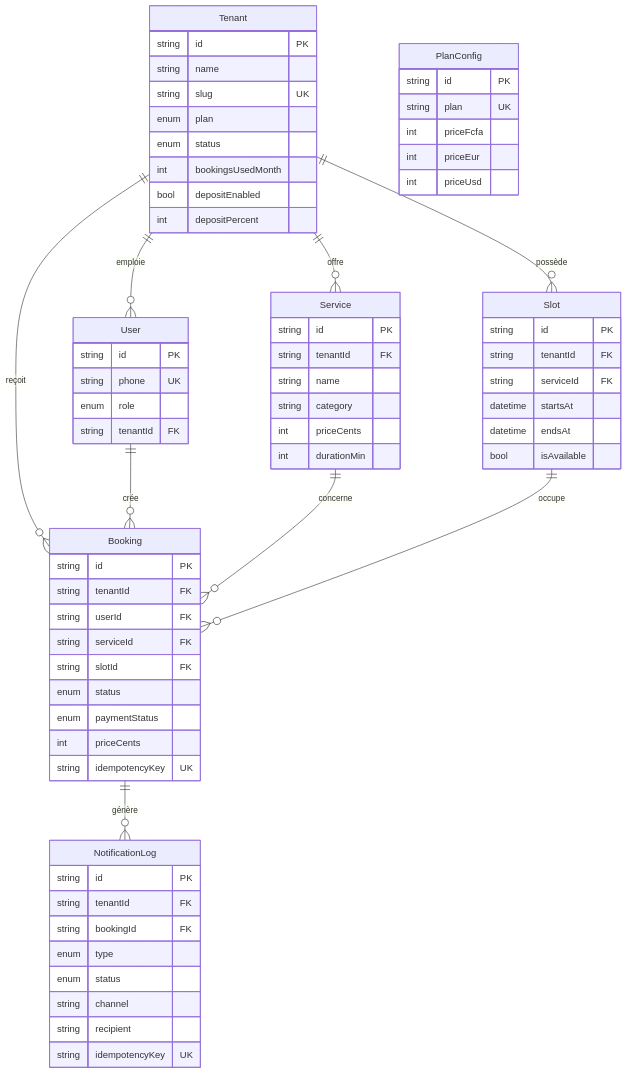
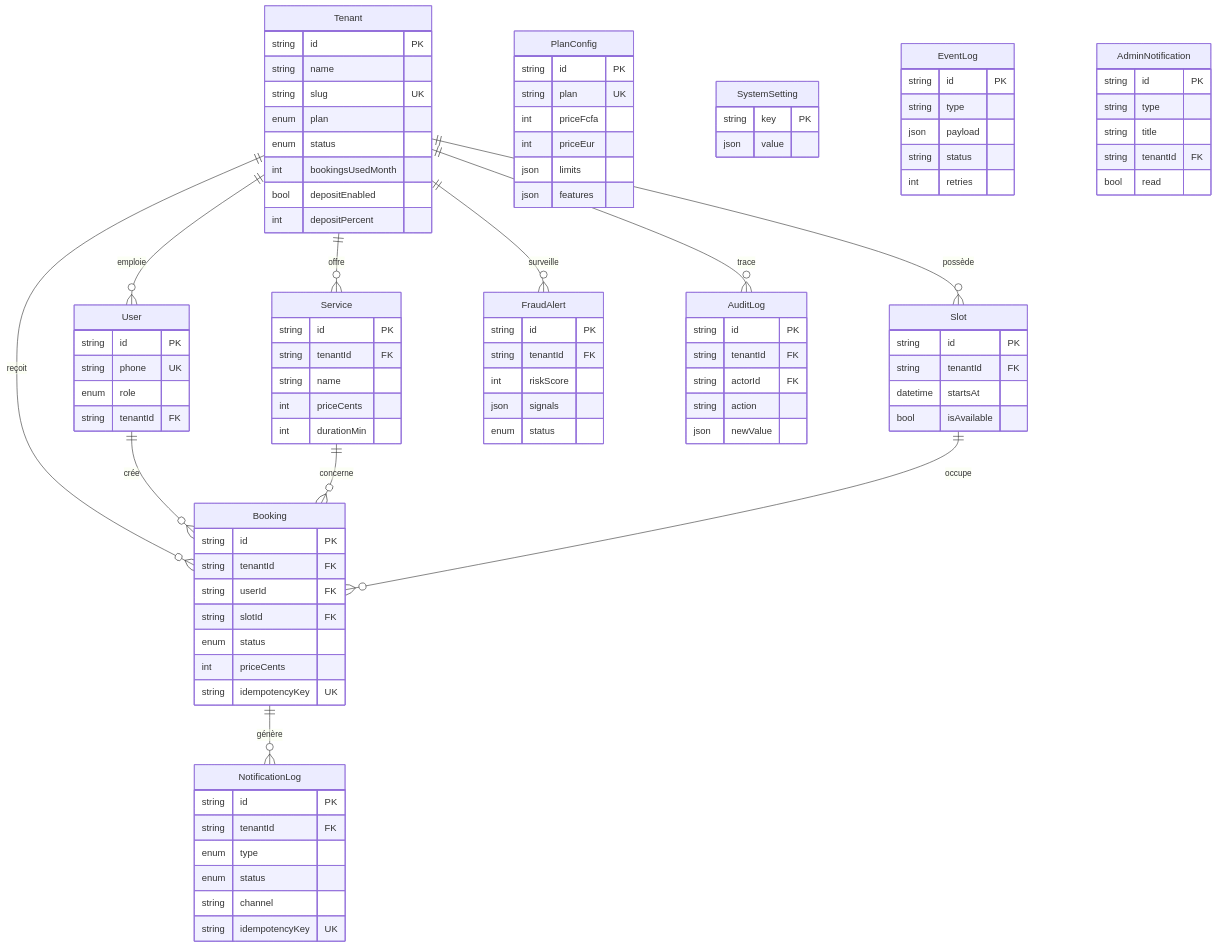
Before and after one commit to Ahmesgroup/belo: the fourth of 9 diagrams in DOCUMENTATION.md, drawn with Mermaid. The commit also changed other lines of this file, not shown here.

Commit message:
docs: full documentation update — event system, fraud engine V2, admin panel, notifications, EventLog, domain events

```diff
--- a/DOCUMENTATION.md
+++ b/DOCUMENTATION.md
@@ -276,67 +334,89 @@
         bool   depositEnabled
         int    depositPercent
     }
-
     User {
         string id PK
         string phone UK
         enum   role
         string tenantId FK
     }
-
     Service {
         string id PK
         string tenantId FK
         string name
-        string category
         int    priceCents
         int    durationMin
     }
-
     Slot {
         string   id PK
         string   tenantId FK
-        string   serviceId FK
         datetime startsAt
-        datetime endsAt
         bool     isAvailable
     }
-
     Booking {
         string id PK
         string tenantId FK
         string userId FK
-        string serviceId FK
         string slotId FK
         enum   status
-        enum   paymentStatus
         int    priceCents
         string idempotencyKey UK
     }
-
     NotificationLog {
         string id PK
         string tenantId FK
-        string bookingId FK
         enum   type
         enum   status
         string channel
-        string recipient
         string idempotencyKey UK
     }
-
+    FraudAlert {
+        string id PK
+        string tenantId FK
+        int    riskScore
+        json   signals
+        enum   status
+    }
+    AuditLog {
+        string id PK
+        string tenantId FK
+        string actorId FK
+        string action
+        json   newValue
+    }
     PlanConfig {
         string id PK
         string plan UK
         int    priceFcfa
         int    priceEur
-        int    priceUsd
+        json   limits
+        json   features
+    }
+    SystemSetting {
+        string key PK
+        json   value
+    }
+    EventLog {
+        string id PK
+        string type
+        json   payload
+        string status
+        int    retries
+    }
+    AdminNotification {
+        string id PK
+        string type
+        string title
+        string tenantId FK
+        bool   read
     }
 
     Tenant ||--o{ User : "emploie"
     Tenant ||--o{ Service : "offre"
     Tenant ||--o{ Slot : "possède"
     Tenant ||--o{ Booking : "reçoit"
+    Tenant ||--o{ FraudAlert : "surveille"
+    Tenant ||--o{ AuditLog : "trace"
     User   ||--o{ Booking : "crée"
     Service||--o{ Booking : "concerne"
     Slot   ||--o{ Booking : "occupe"
```
